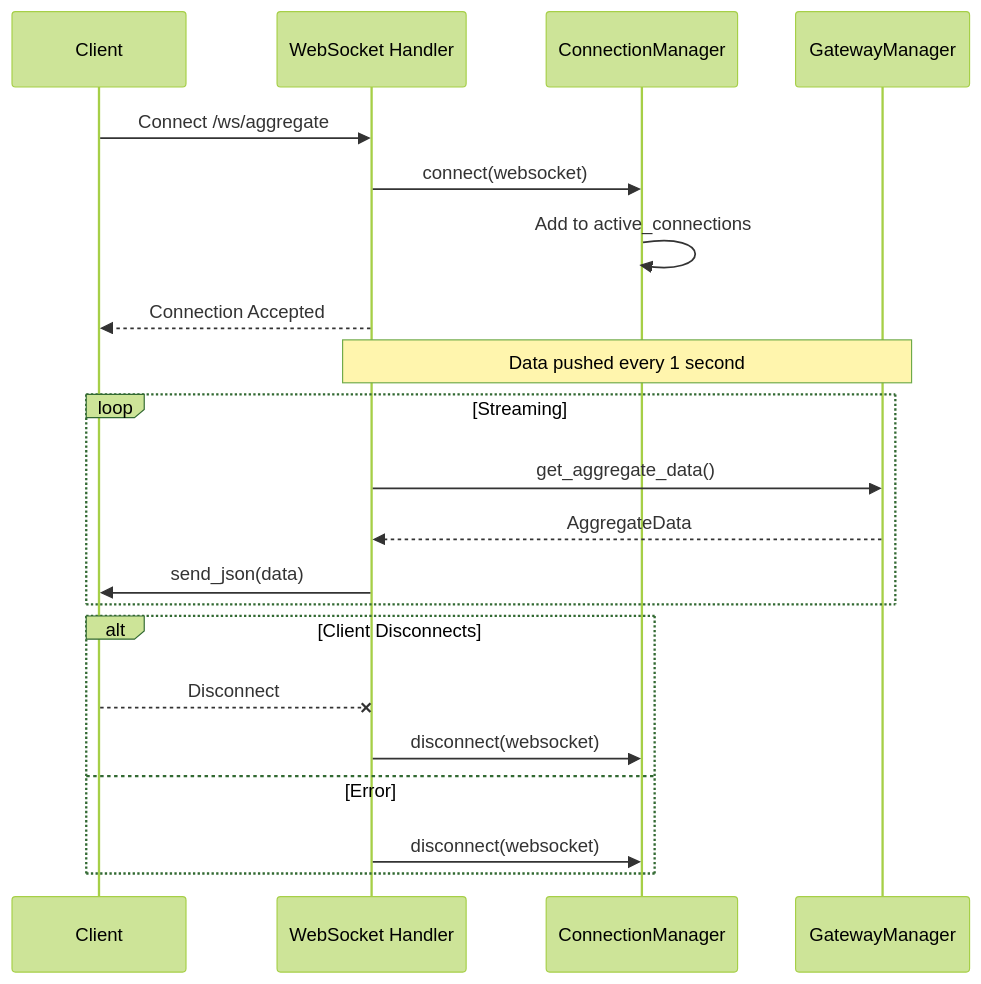
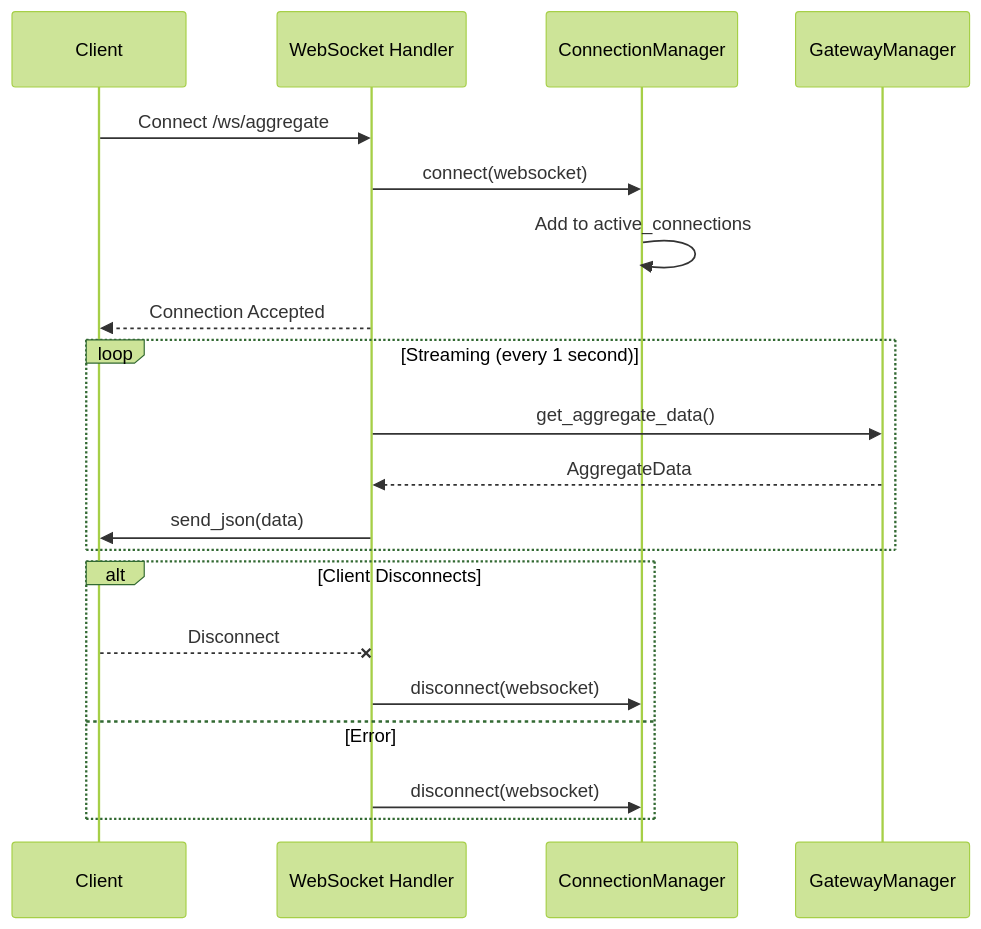
One commit to jasonacox/pypowerwall-server changed the fifth of 8 diagrams in DESIGN.md. Above: the diagram before and after it, drawn with Mermaid (forest theme). The commit also changed other lines of this file, not shown here.

Commit message:
Clarify polling and streaming cycle descriptions in the design document

````diff
--- a/DESIGN.md
+++ b/DESIGN.md
@@ -268,26 +267,25 @@
 ```mermaid
 sequenceDiagram
     participant C as Client
     participant WS as WebSocket Handler
     participant CM as ConnectionManager
     participant GM as GatewayManager
     
     C->>WS: Connect /ws/aggregate
     WS->>CM: connect(websocket)
     CM->>CM: Add to active_connections
     WS-->>C: Connection Accepted
     
-    Note over WS,GM: Data pushed every 1 second
-    loop Streaming
+    loop Streaming (every 1 second)
         WS->>GM: get_aggregate_data()
         GM-->>WS: AggregateData
         WS->>C: send_json(data)
     end
     
     alt Client Disconnects
         C--xWS: Disconnect
         WS->>CM: disconnect(websocket)
     else Error
         WS->>CM: disconnect(websocket)
     end
 ```
````
